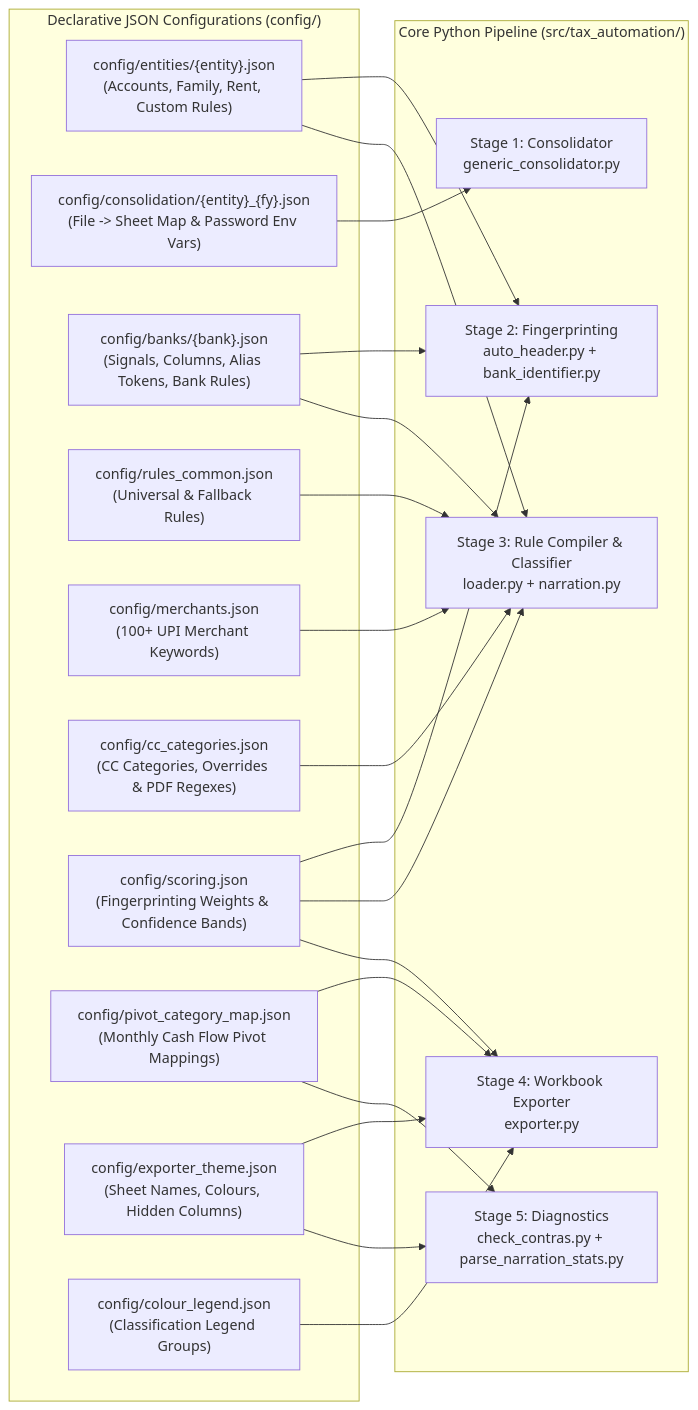
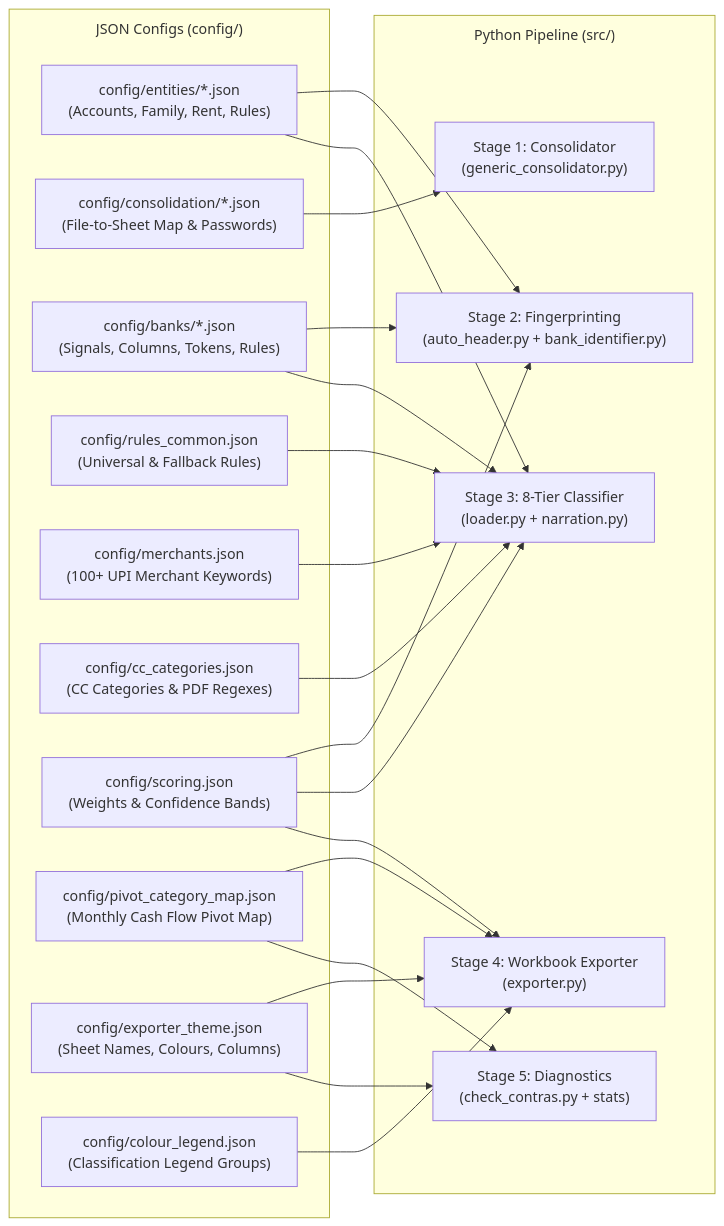
The first of 3 diagrams in docs/TECHNICAL_DOCUMENTATION.md (Aayush4396/tax-automation), drawn with Mermaid before and after one commit. The commit also changed other lines of this file and 1 other file, not shown here.

Commit message:
docs: fix mermaid subgraph title wrapping and margin in README and technical docs

````diff
--- a/docs/TECHNICAL_DOCUMENTATION.md
+++ b/docs/TECHNICAL_DOCUMENTATION.md
@@ -29,43 +29,44 @@
 ```mermaid
+%%{init: {'flowchart': {'subGraphTitleMargin': {'top': 10, 'bottom': 18}, 'wrappingWidth': 320}}}%%
 flowchart LR
-    subgraph Configs["Declarative JSON Configurations (config/)"]
-        C_ENT["config/entities/{entity}.json\n(Accounts, Family, Rent, Custom Rules)"]
-        C_CON["config/consolidation/{entity}_{fy}.json\n(File -> Sheet Map & Password Env Vars)"]
-        C_BNK["config/banks/{bank}.json\n(Signals, Columns, Alias Tokens, Bank Rules)"]
-        C_COM["config/rules_common.json\n(Universal & Fallback Rules)"]
-        C_MER["config/merchants.json\n(100+ UPI Merchant Keywords)"]
-        C_CC["config/cc_categories.json\n(CC Categories, Overrides & PDF Regexes)"]
-        C_SCR["config/scoring.json\n(Fingerprinting Weights & Confidence Bands)"]
-        C_PIV["config/pivot_category_map.json\n(Monthly Cash Flow Pivot Mappings)"]
-        C_THM["config/exporter_theme.json\n(Sheet Names, Colours, Hidden Columns)"]
-        C_LEG["config/colour_legend.json\n(Classification Legend Groups)"]
+    subgraph Configs["JSON Configs (config/)"]
+        C_ENT["config/entities/*.json<br/>(Accounts, Family, Rent, Rules)"]
+        C_CON["config/consolidation/*.json<br/>(File-to-Sheet Map & Passwords)"]
+        C_BNK["config/banks/*.json<br/>(Signals, Columns, Tokens, Rules)"]
+        C_COM["config/rules_common.json<br/>(Universal & Fallback Rules)"]
+        C_MER["config/merchants.json<br/>(100+ UPI Merchant Keywords)"]
+        C_CC["config/cc_categories.json<br/>(CC Categories & PDF Regexes)"]
+        C_SCR["config/scoring.json<br/>(Weights & Confidence Bands)"]
+        C_PIV["config/pivot_category_map.json<br/>(Monthly Cash Flow Pivot Map)"]
+        C_THM["config/exporter_theme.json<br/>(Sheet Names, Colours, Columns)"]
+        C_LEG["config/colour_legend.json<br/>(Classification Legend Groups)"]
     end
 
-    subgraph Engine["Core Python Pipeline (src/tax_automation/)"]
-        P_CON["Stage 1: Consolidator\ngeneric_consolidator.py"]
-        P_ID["Stage 2: Fingerprinting\nauto_header.py + bank_identifier.py"]
-        P_RUL["Stage 3: Rule Compiler & Classifier\nloader.py + narration.py"]
-        P_EXP["Stage 4: Workbook Exporter\nexporter.py"]
-        P_DIA["Stage 5: Diagnostics\ncheck_contras.py + parse_narration_stats.py"]
+    subgraph Engine["Python Pipeline (src/)"]
+        P_CON["Stage 1: Consolidator<br/>(generic_consolidator.py)"]
+        P_ID["Stage 2: Fingerprinting<br/>(auto_header.py + bank_identifier.py)"]
+        P_RUL["Stage 3: 8-Tier Classifier<br/>(loader.py + narration.py)"]
+        P_EXP["Stage 4: Workbook Exporter<br/>(exporter.py)"]
+        P_DIA["Stage 5: Diagnostics<br/>(check_contras.py + stats)"]
     end
 
     C_CON --> P_CON
     C_ENT --> P_ID
     C_BNK --> P_ID
     C_SCR --> P_ID
 
     C_ENT --> P_RUL
     C_BNK --> P_RUL
     C_COM --> P_RUL
     C_MER --> P_RUL
     C_CC --> P_RUL
     C_SCR --> P_RUL
 
     C_PIV --> P_EXP
     C_THM --> P_EXP
     C_LEG --> P_EXP
     C_SCR --> P_EXP
 
     C_THM --> P_DIA
     C_PIV --> P_DIA
 ```
````
